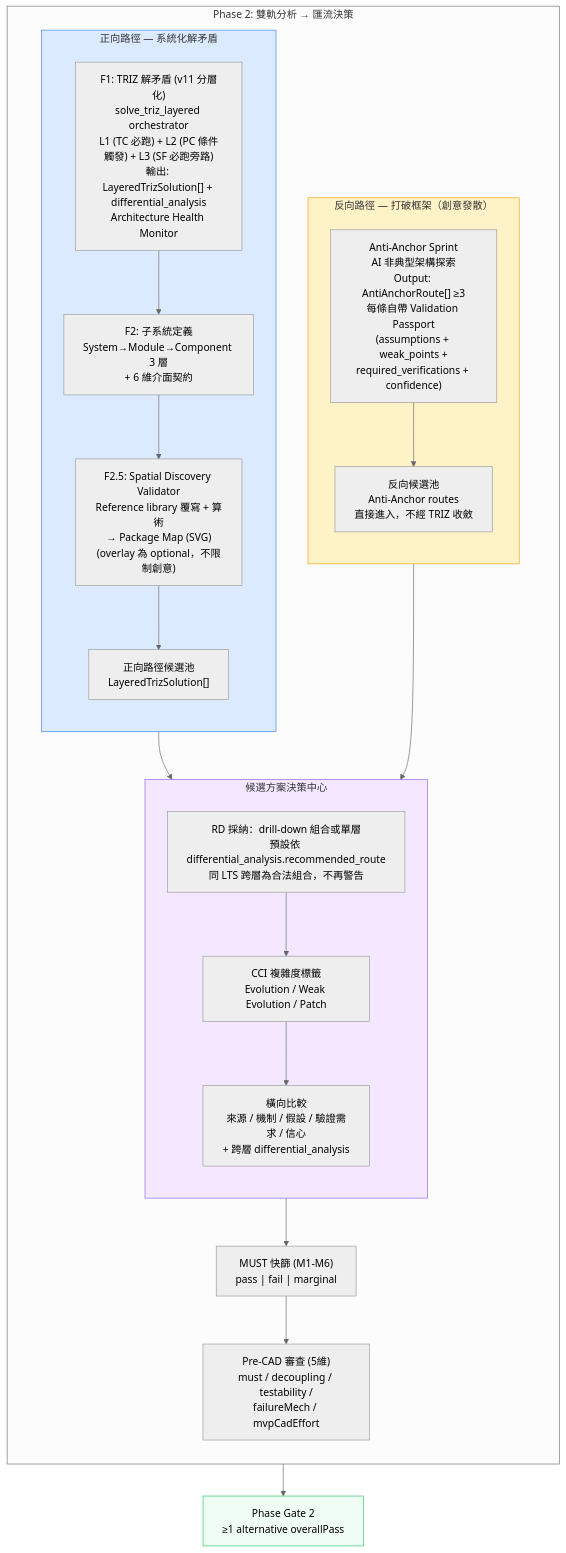
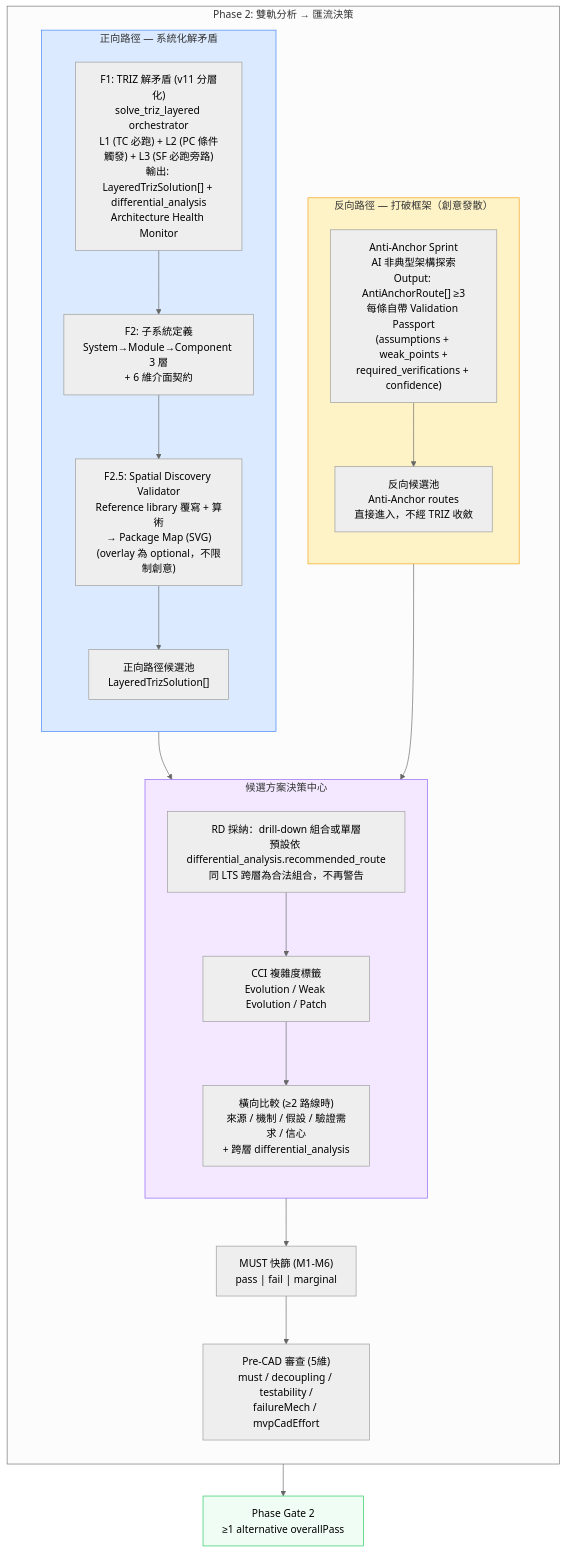
One commit to Zenobia0000/RD_copilot_system changed the first of 3 diagrams in docs/01-define/diagrams/appendix-e--triz-scamper-flow.md. Above: the diagram before and after it, drawn with Mermaid. The commit also changed other lines of this file and 9 other files, not shown here.

````diff
--- a/docs/01-define/diagrams/appendix-e--triz-scamper-flow.md
+++ b/docs/01-define/diagrams/appendix-e--triz-scamper-flow.md
@@ -47,46 +47,46 @@
 ```mermaid
 %%{init: {'theme': 'neutral'}}%%
 flowchart TB
     subgraph Phase2["Phase 2: 雙軌分析 → 匯流決策"]
         direction TB
 
         subgraph REVERSE["反向路徑 — 打破框架（創意發散）"]
             direction TB
             R1["Anti-Anchor Sprint<br/>AI 非典型架構探索<br/>Output: AntiAnchorRoute[] ≥3<br/>每條自帶 Validation Passport<br/>(assumptions + weak_points +<br/>required_verifications + confidence)"]
             RP["反向候選池<br/>Anti-Anchor routes<br/>直接進入，不經 TRIZ 收斂"]
             R1 --> RP
         end
 
         subgraph FORWARD["正向路徑 — 系統化解矛盾"]
             direction TB
             F1["F1: TRIZ 解矛盾 (v11 分層化)<br/>solve_triz_layered orchestrator<br/>L1 (TC 必跑) + L2 (PC 條件觸發) + L3 (SF 必跑旁路)<br/>輸出: LayeredTrizSolution[] + differential_analysis<br/>Architecture Health Monitor"]
             F2["F2: 子系統定義<br/>System→Module→Component 3 層<br/>+ 6 維介面契約"]
             F2S["F2.5: Spatial Discovery Validator<br/>Reference library 覆寫 + 算術<br/>→ Package Map (SVG)<br/>(overlay 為 optional，不限制創意)"]
             FP["正向路徑候選池<br/>LayeredTrizSolution[]"]
             F1 --> F2 --> F2S --> FP
         end
 
         subgraph HUB["候選方案決策中心"]
             direction TB
             SELECT["RD 採納：drill-down 組合或單層<br/>預設依 differential_analysis.recommended_route<br/>同 LTS 跨層為合法組合，不再警告"]
             CCI_CHECK["CCI 複雜度標籤<br/>Evolution / Weak Evolution / Patch"]
-            COMPARE["橫向比較<br/>來源 / 機制 / 假設 / 驗證需求 / 信心<br/>+ 跨層 differential_analysis"]
+            COMPARE["橫向比較 (≥2 路線時)<br/>來源 / 機制 / 假設 / 驗證需求 / 信心<br/>+ 跨層 differential_analysis"]
             SELECT --> CCI_CHECK --> COMPARE
         end
 
         RP --> SELECT
         FP --> SELECT
 
         MUST["MUST 快篩 (M1-M6)<br/>pass | fail | marginal"]
         PRECAD["Pre-CAD 審查 (5維)<br/>must / decoupling / testability /<br/>failureMech / mvpCadEffort"]
         COMPARE --> MUST --> PRECAD
     end
 
     GATE["Phase Gate 2<br/>≥1 alternative overallPass"]
     PRECAD --> GATE
 
     style REVERSE fill:#FEF3C7,stroke:#F59E0B
     style FORWARD fill:#DBEAFE,stroke:#3B82F6
     style HUB fill:#F3E8FF,stroke:#8B5CF6
     style GATE fill:#F0FDF4,stroke:#22C55E
 ```
````
